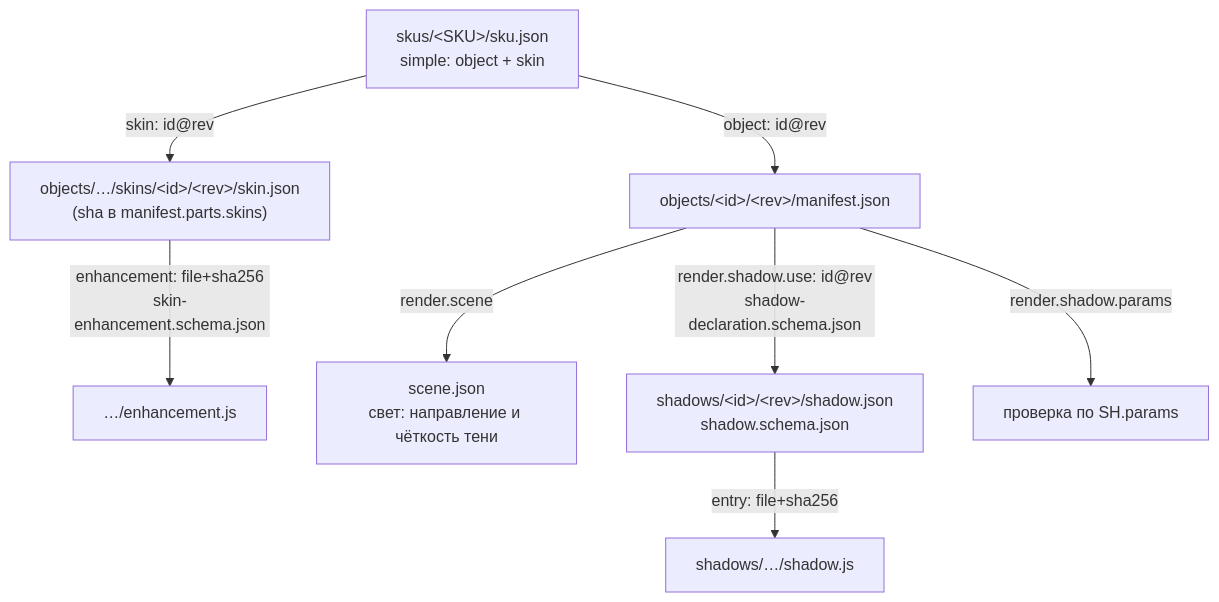
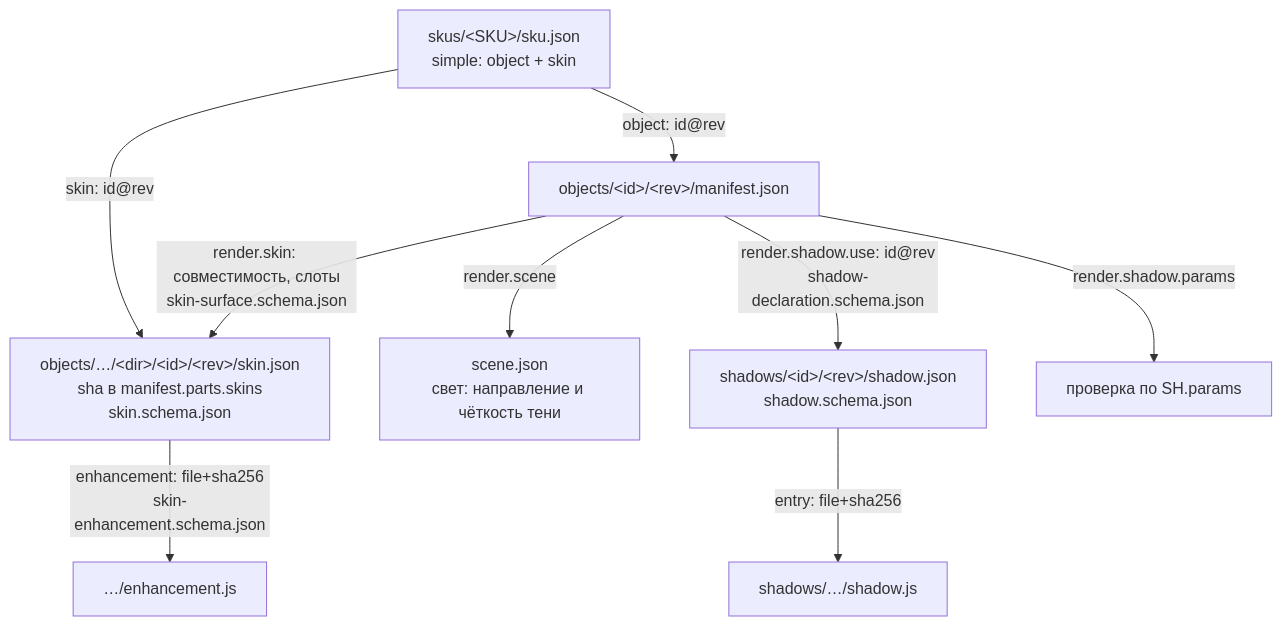
The diagram in docs/architecture/contracts.md (nicsosin-progovori/s-3dlabs-demo), drawn with Mermaid before and after one commit. The commit also changed other lines of this file and 23 other files, not shown here.

````diff
--- a/docs/architecture/contracts.md
+++ b/docs/architecture/contracts.md
@@ -26,10 +29,11 @@
 ```mermaid
 flowchart TD
   SKU["skus/&lt;SKU&gt;/sku.json<br/>simple: object + skin"] -->|object: id@rev| M["objects/&lt;id&gt;/&lt;rev&gt;/manifest.json"]
-  SKU -->|skin: id@rev| SK["objects/…/skins/&lt;id&gt;/&lt;rev&gt;/skin.json<br/>(sha в manifest.parts.skins)"]
+  SKU -->|skin: id@rev| SK["objects/…/&lt;dir&gt;/&lt;id&gt;/&lt;rev&gt;/skin.json<br/>sha в manifest.parts.skins<br/>skin.schema.json"]
+  M -->|render.skin: совместимость, слоты<br/>skin-surface.schema.json| SK
   SK -->|enhancement: file+sha256<br/>skin-enhancement.schema.json| EJ["…/enhancement.js"]
   M -->|render.scene| SC["scene.json<br/>свет: направление и чёткость тени"]
   M -->|render.shadow.use: id@rev<br/>shadow-declaration.schema.json| SH["shadows/&lt;id&gt;/&lt;rev&gt;/shadow.json<br/>shadow.schema.json"]
   SH -->|entry: file+sha256| SJ["shadows/…/shadow.js"]
   M -->|render.shadow.params| P["проверка по SH.params"]
 ```
````
